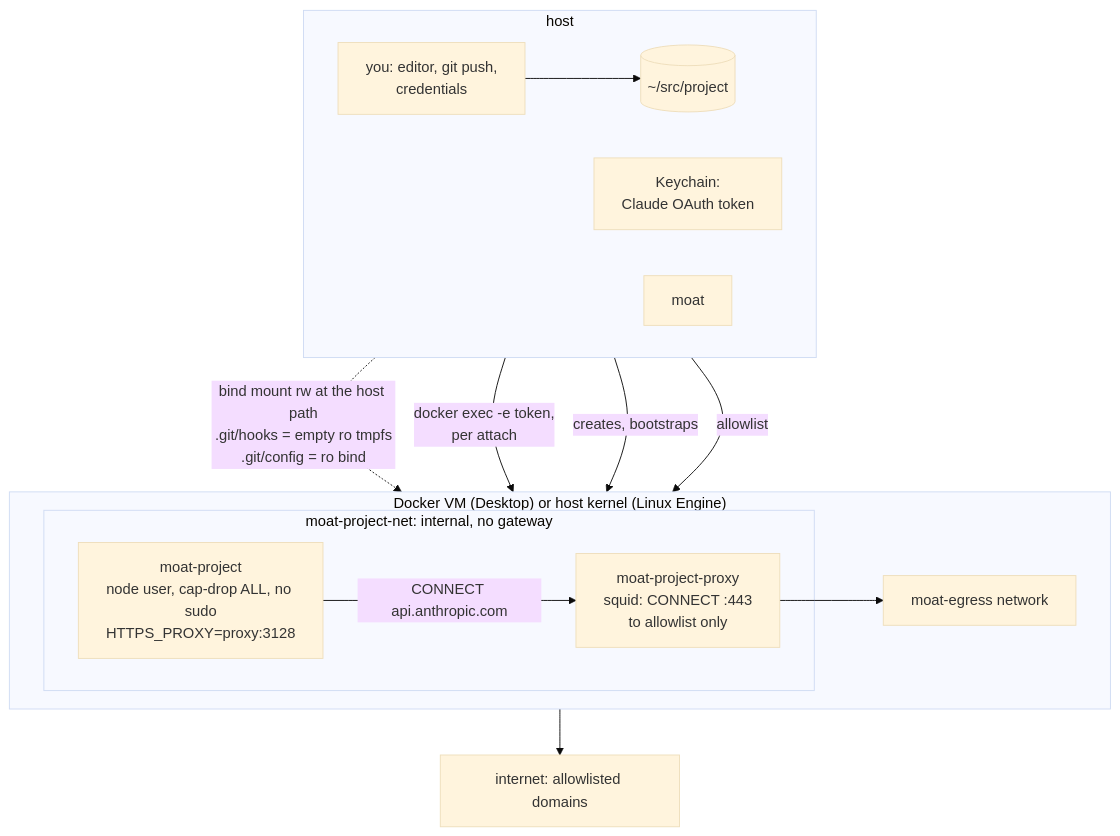
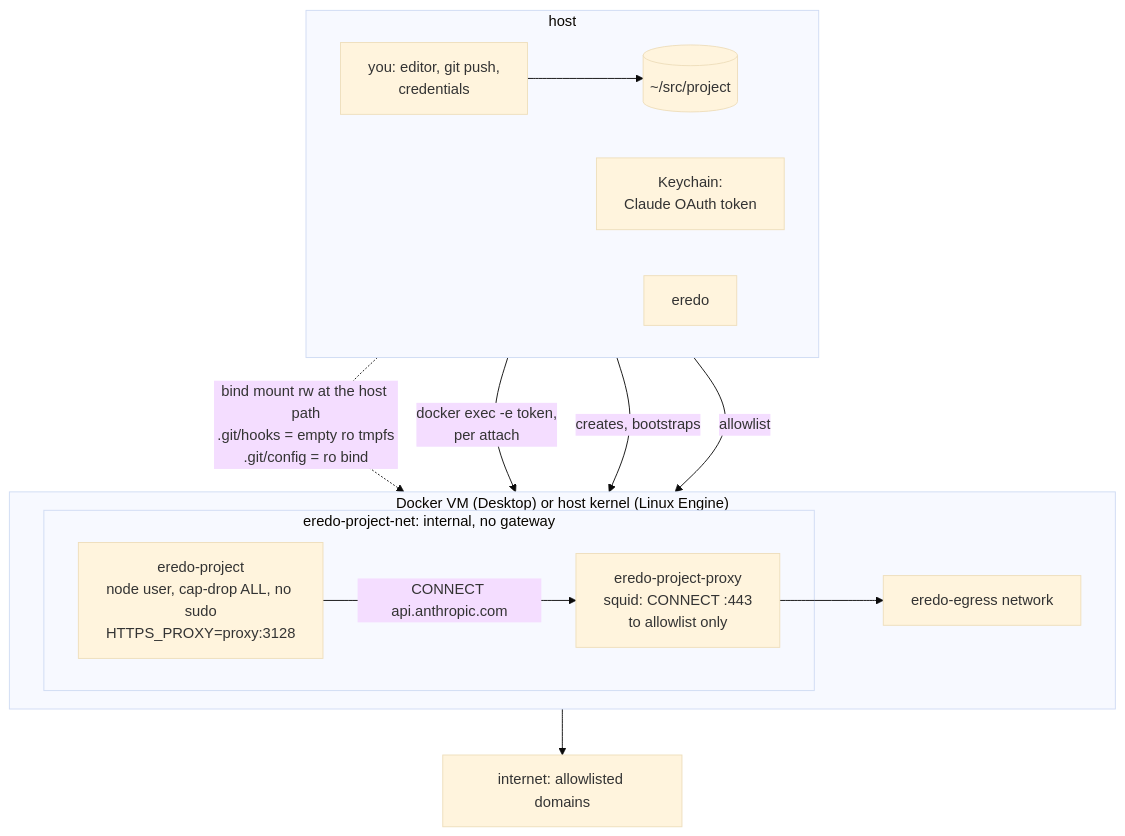
Before and after one commit to marhaasa/eredo: the first of 7 diagrams in ARCHITECTURE.md, drawn with Mermaid (base theme). The commit also changed other lines of this file and 30 other files, not shown here.

````diff
--- a/ARCHITECTURE.md
+++ b/ARCHITECTURE.md
@@ -19,26 +22,26 @@
 ```mermaid
 flowchart TB
   subgraph host["host"]
     direction LR
     you["you: editor, git push,<br/>credentials"]
     repo[("~/src/project")]
     kc["Keychain:<br/>Claude OAuth token"]
-    script["moat"]
+    script["eredo"]
     you --> repo
   end
   subgraph vm["Docker VM (Desktop) or host kernel (Linux Engine)"]
     direction LR
-    subgraph inet["moat-project-net: internal, no gateway"]
-      sbx["moat-project<br/>node user, cap-drop ALL, no sudo<br/>HTTPS_PROXY=proxy:3128"]
-      px["moat-project-proxy<br/>squid: CONNECT :443<br/>to allowlist only"]
+    subgraph inet["eredo-project-net: internal, no gateway"]
+      sbx["eredo-project<br/>node user, cap-drop ALL, no sudo<br/>HTTPS_PROXY=proxy:3128"]
+      px["eredo-project-proxy<br/>squid: CONNECT :443<br/>to allowlist only"]
     end
-    egress["moat-egress network"]
+    egress["eredo-egress network"]
     sbx -- "CONNECT api.anthropic.com" --> px --> egress
   end
   net["internet: allowlisted domains"]
   repo -. "bind mount rw at the host path<br/>.git/hooks = empty ro tmpfs<br/>.git/config = ro bind" .-> sbx
   kc -- "docker exec -e token,<br/>per attach" --> sbx
   script -- "creates, bootstraps" --> sbx
   script -- "allowlist" --> px
   egress --> net
 ```
````
